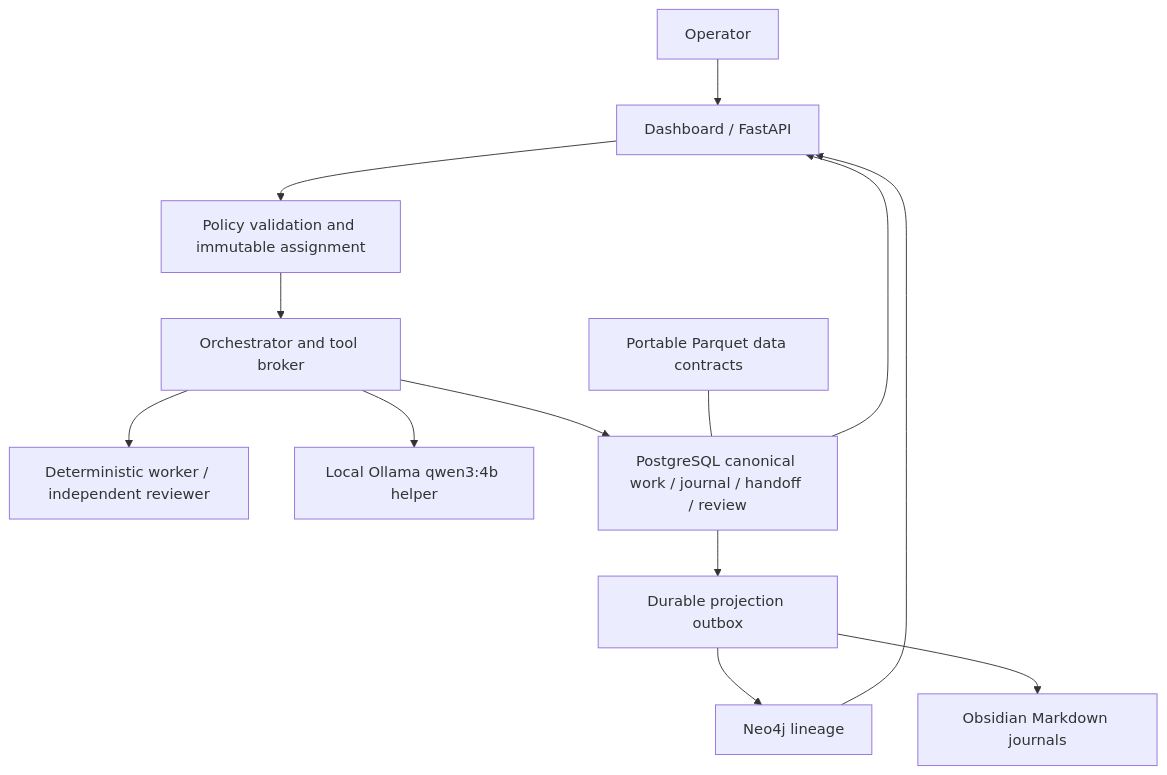
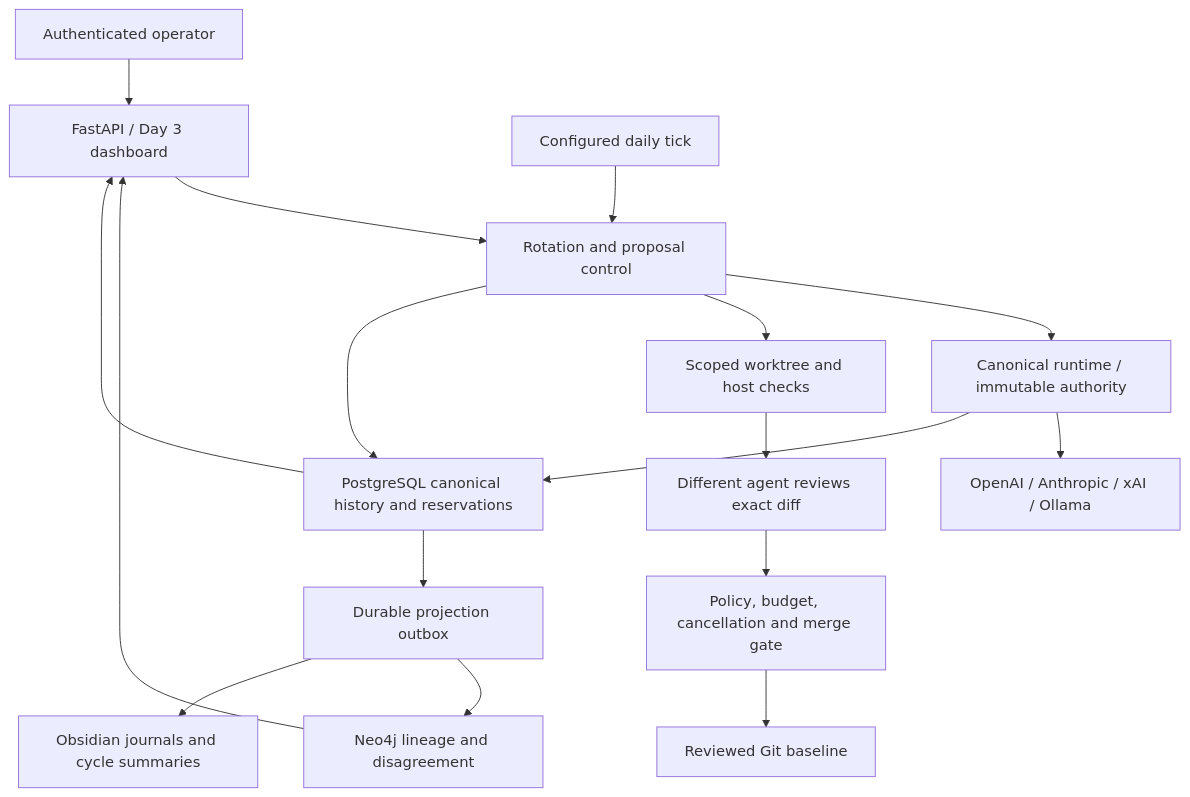
The diagram in docs/ARCHITECTURE.md (fordran-orange/triad), drawn with Mermaid before and after one commit. The commit also changed other lines of this file and 15 other files, not shown here.

Commit message:
Add Day 3 operator dashboard and operational guides

````diff
--- a/docs/ARCHITECTURE.md
+++ b/docs/ARCHITECTURE.md
@@ -5,15 +5,19 @@
 ```mermaid
 flowchart TD
-  Human[Operator] --> UI[Dashboard / FastAPI]
-  UI --> CP[Policy validation and immutable assignment]
-  CP --> Host[Orchestrator and tool broker]
-  Host --> Demo[Deterministic worker / independent reviewer]
-  Host --> Qwen[Local Ollama qwen3:4b helper]
-  Host --> PG[PostgreSQL canonical work / journal / handoff / review]
+  Human[Authenticated operator] --> UI[FastAPI / Day 3 dashboard]
+  Schedule[Configured daily tick] --> Cycle[Rotation and proposal control]
+  UI --> Cycle
+  Cycle --> Runtime[Canonical runtime / immutable authority]
+  Runtime --> Providers[OpenAI / Anthropic / xAI / Ollama]
+  Cycle --> Git[Scoped worktree and host checks]
+  Git --> Review[Different agent reviews exact diff]
+  Review --> Gate[Policy, budget, cancellation and merge gate]
+  Gate --> Main[Reviewed Git baseline]
+  Cycle --> PG[PostgreSQL canonical history and reservations]
+  Runtime --> PG
   PG --> Outbox[Durable projection outbox]
-  Outbox --> Graph[Neo4j lineage]
-  Outbox --> Notes[Obsidian Markdown journals]
+  Outbox --> Graph[Neo4j lineage and disagreement]
+  Outbox --> Notes[Obsidian journals and cycle summaries]
   PG --> UI
   Graph --> UI
-  Archive[Portable Parquet data contracts] --- PG
 ```
````
